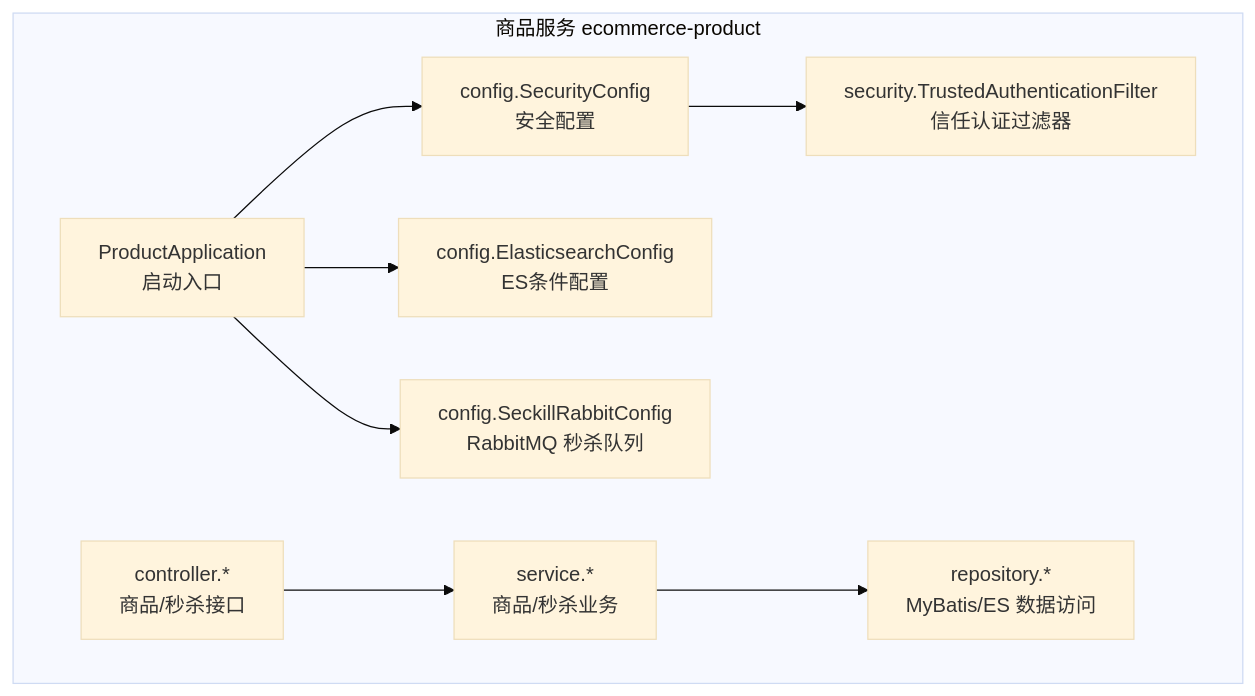
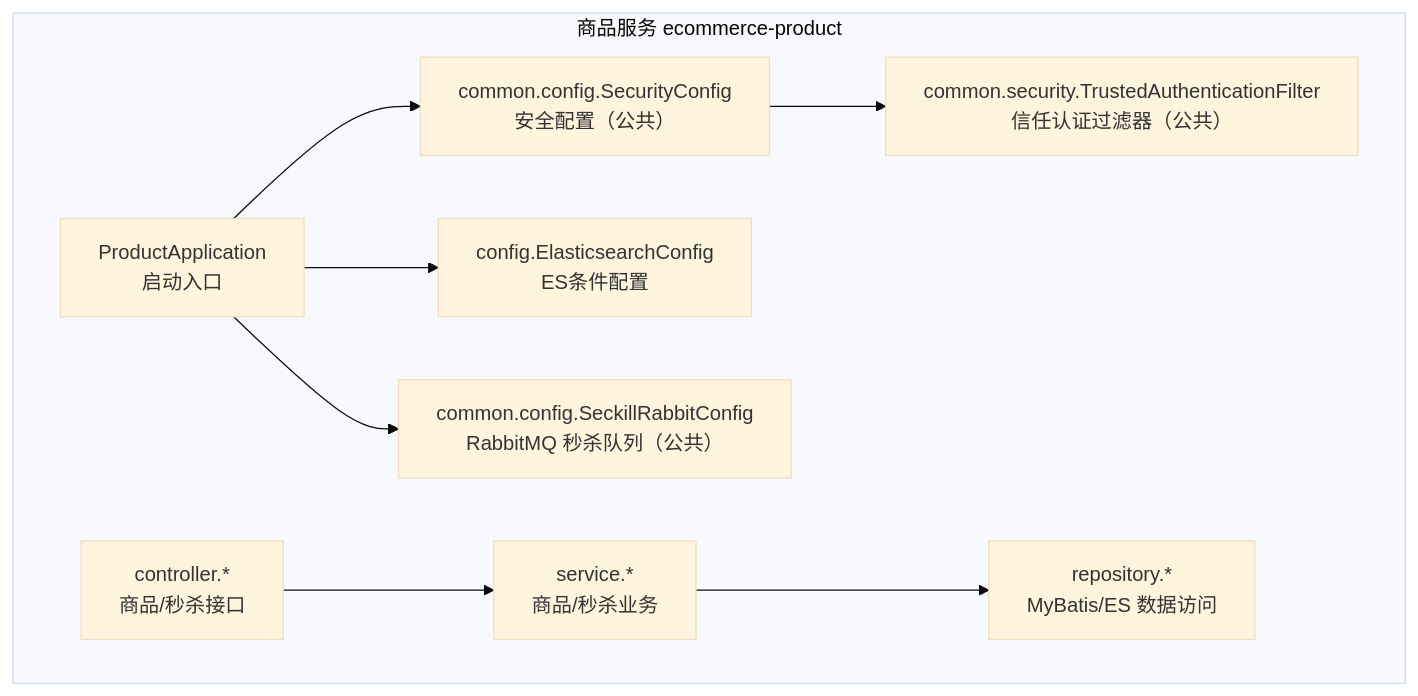
One commit to haohailiang/qoder-fullstack changed the first of 9 diagrams in .qoder/repowiki/zh/content/后端架构设计/商品服务/商品服务架构设计.md. Above: the diagram before and after it, drawn with Mermaid (base theme). The commit also changed other lines of this file and 44 other files, not shown here.

````diff
--- a/.qoder/repowiki/zh/content/后端架构设计/商品服务/商品服务架构设计.md
+++ b/.qoder/repowiki/zh/content/后端架构设计/商品服务/商品服务架构设计.md
@@ -50,19 +50,19 @@
 ```mermaid
 graph TB
 subgraph "商品服务 ecommerce-product"
 A["ProductApplication<br/>启动入口"]
-B["config.SecurityConfig<br/>安全配置"]
-C["security.TrustedAuthenticationFilter<br/>信任认证过滤器"]
+B["common.config.SecurityConfig<br/>安全配置（公共）"]
+C["common.security.TrustedAuthenticationFilter<br/>信任认证过滤器（公共）"]
 D["config.ElasticsearchConfig<br/>ES条件配置"]
-E["config.SeckillRabbitConfig<br/>RabbitMQ 秒杀队列"]
+E["common.config.SeckillRabbitConfig<br/>RabbitMQ 秒杀队列（公共）"]
 F["controller.*<br/>商品/秒杀接口"]
 G["service.*<br/>商品/秒杀业务"]
 H["repository.*<br/>MyBatis/ES 数据访问"]
 end
 A --> B
 A --> D
 A --> E
 B --> C
 F --> G
 G --> H
 ```
````
